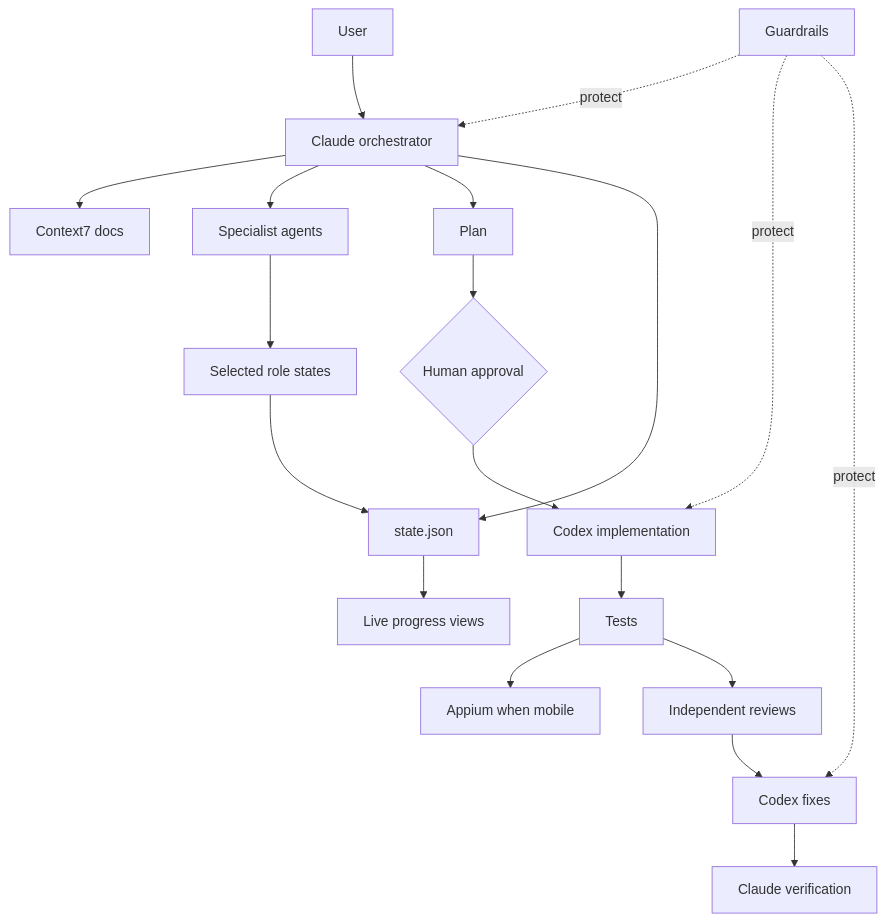
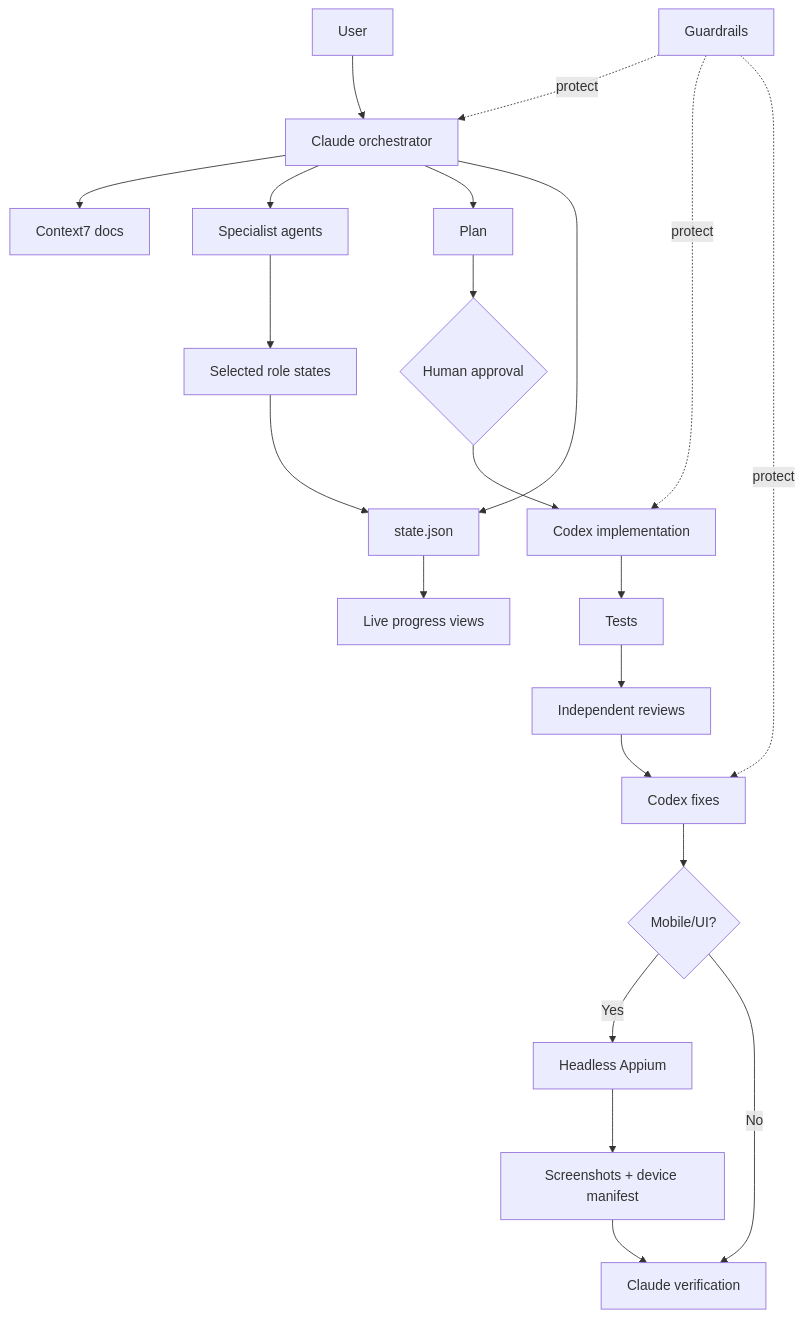
One commit to mohamedma872/ai-agent-workflow-kit changed the third of 3 diagrams in README.md. Above: the diagram before and after it, drawn with Mermaid. The commit also changed other lines of this file, not shown here.

Commit message:
Document final Appium screenshot evidence

````diff
--- a/README.md
+++ b/README.md
@@ -529,28 +546,31 @@
 ```mermaid
 flowchart TB
     U[User] --> C[Claude orchestrator]
 
     C --> D[Context7 docs]
     C --> S[Specialist agents]
     C --> P[Plan]
 
     S --> RS[Selected role states]
     RS --> ST[state.json]
 
     P --> H{Human approval}
     H --> X[Codex implementation]
 
     X --> T[Tests]
-    T --> A[Appium when mobile]
     T --> R[Independent reviews]
+    R --> F[Codex fixes]
 
-    R --> F[Codex fixes]
-    F --> V[Claude verification]
+    F --> M{Mobile/UI?}
+    M -->|Yes| A[Headless Appium]
+    A --> SS[Screenshots + device manifest]
+    SS --> V[Claude verification]
+    M -->|No| V
 
     C --> ST
     ST --> UI[Live progress views]
 
     G[Guardrails] -. protect .-> C
     G -. protect .-> X
     G -. protect .-> F
 ```
````
